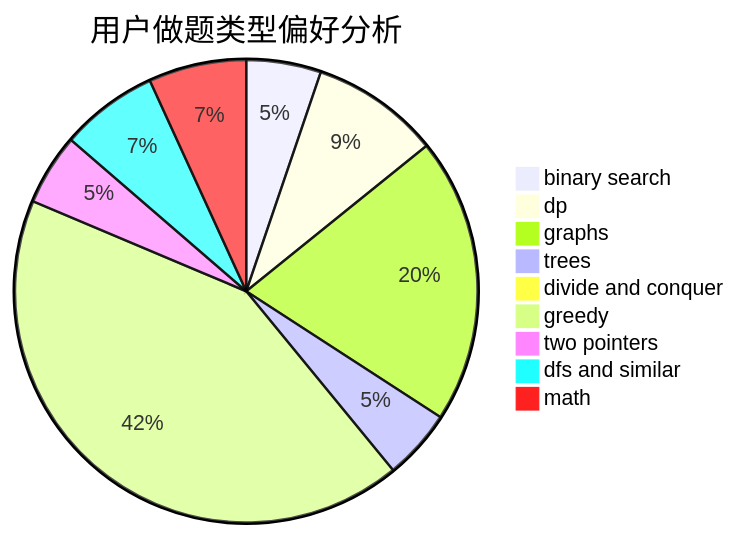
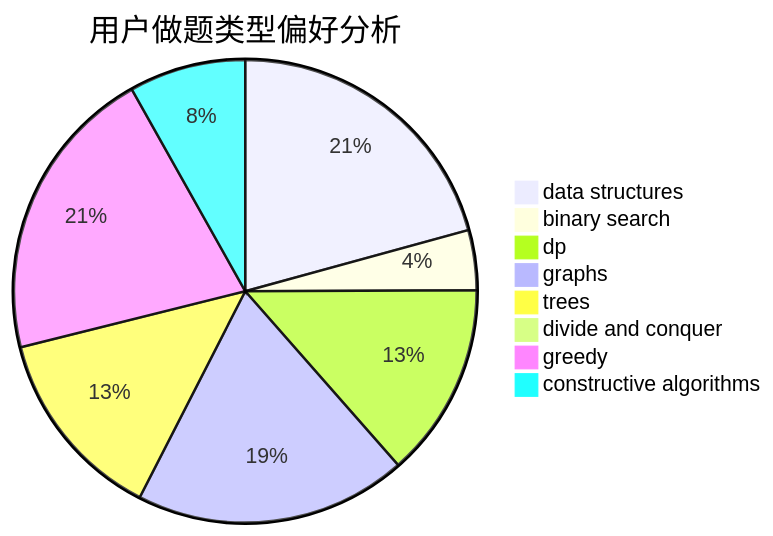
The second of 3 diagrams in docs/user/u871.md (sherpahu/cfrs.github.io), drawn with Mermaid before and after one commit. The commit also changed other lines of this file and 2775 other files, not shown here.

````diff
--- a/docs/user/u871.md
+++ b/docs/user/u871.md
@@ -23,12 +23,11 @@
 ```mermaid
 pie title 用户做题类型偏好分析
-    "binary search" :  68
-    "dp" :  117
-    "graphs" :  260
-    "trees" :  64
-    "divide and conquer" :  5
-    "greedy" :  551
-    "two pointers" :  65
-    "dfs and similar" :  89
-    "math" :  89
+    "data structures" :  84
+    "binary search" :  17
+    "dp" :  55
+    "graphs" :  77
+    "trees" :  55
+    "divide and conquer" :  3
+    "greedy" :  84
+    "constructive algorithms" :  33
 ```
````
